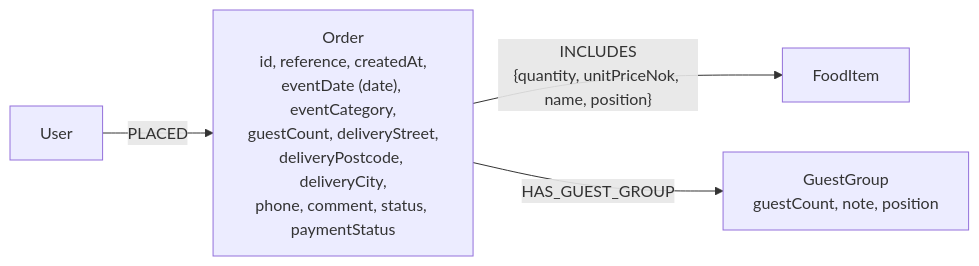
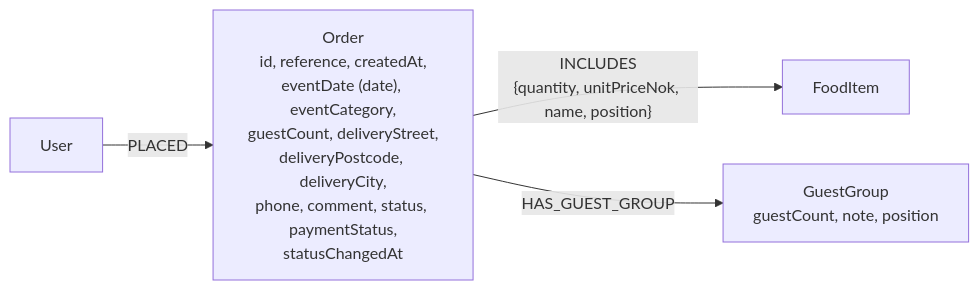
The second of 3 diagrams in docs/models/graph-model.md (oimyks-rgb/oblig4), drawn with Mermaid before and after one commit. The commit also changed other lines of this file and 20 other files, not shown here.

````diff
--- a/docs/models/graph-model.md
+++ b/docs/models/graph-model.md
@@ -42,6 +42,6 @@
 ```mermaid
 graph LR
-  U["User"] -- PLACED --> O["Order<br/>id, reference, createdAt,<br/>eventDate (date), eventCategory,<br/>guestCount, deliveryStreet,<br/>deliveryPostcode, deliveryCity,<br/>phone, comment, status, paymentStatus"]
+  U["User"] -- PLACED --> O["Order<br/>id, reference, createdAt,<br/>eventDate (date), eventCategory,<br/>guestCount, deliveryStreet,<br/>deliveryPostcode, deliveryCity,<br/>phone, comment, status, paymentStatus,<br/>statusChangedAt"]
   O -- "INCLUDES<br/>{quantity, unitPriceNok, name, position}" --> F["FoodItem"]
   O -- HAS_GUEST_GROUP --> G["GuestGroup<br/>guestCount, note, position"]
 ```
````
